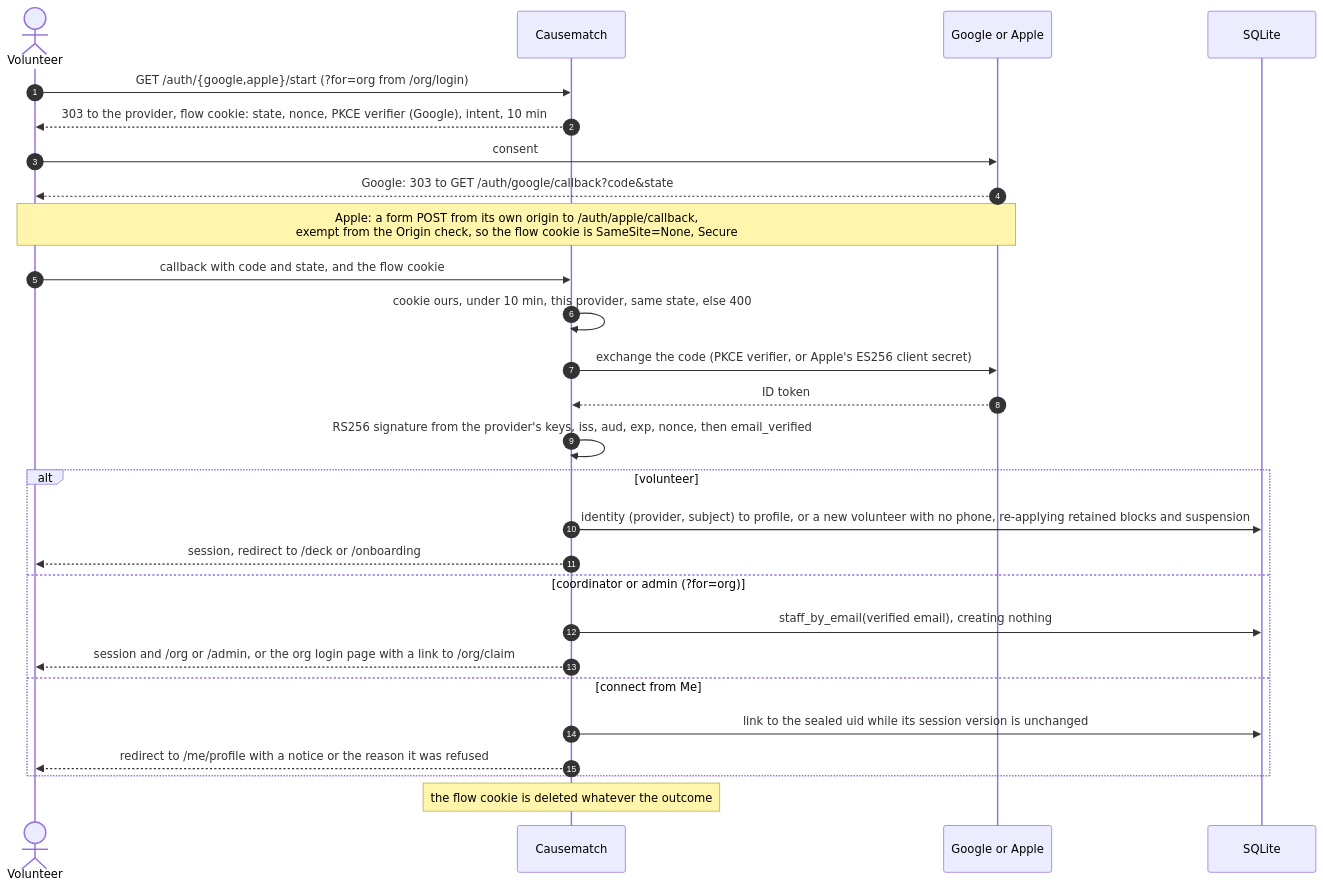
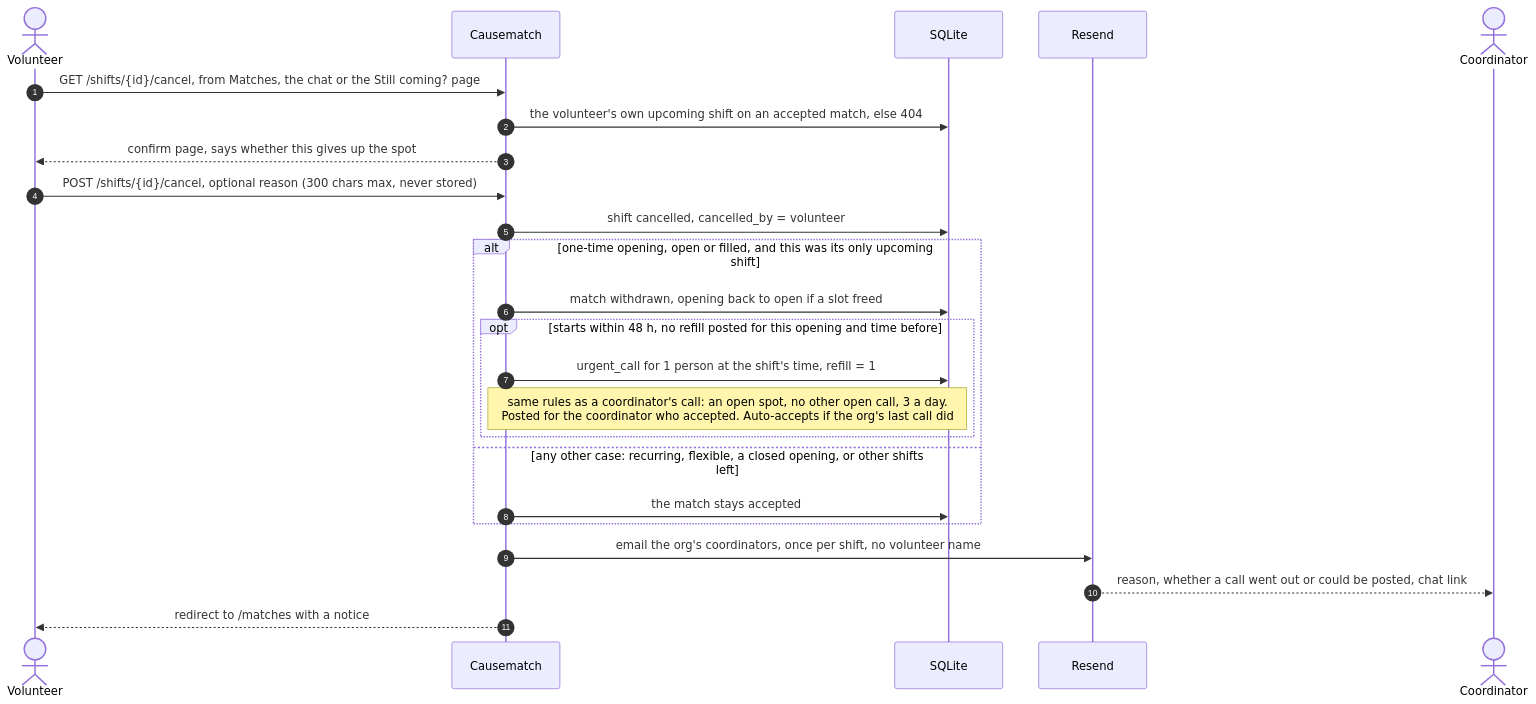
Before and after one commit to slegroux/causematch: diagram 21 of 25 in docs/ARCHITECTURE.md, drawn with Mermaid. The commit also changed other lines of this file, not shown here.

First line of the commit message:
Architecture doc: a C4 tour on top, the reference below, up to date with main

````diff
--- a/docs/ARCHITECTURE.md
+++ b/docs/ARCHITECTURE.md
@@ -712,30 +1105,27 @@
 ```mermaid
 sequenceDiagram
     autonumber
     actor V as Volunteer
     participant A as Causematch
-    participant P as Google or Apple
     participant DB as SQLite
+    participant R as Resend
+    actor C as Coordinator
 
-    V->>A: GET /auth/{google,apple}/start (?for=org from /org/login)
-    A-->>V: 303 to the provider, flow cookie: state, nonce, PKCE verifier (Google), intent, 10 min
-    V->>P: consent
-    P-->>V: Google: 303 to GET /auth/google/callback?code&state
-    Note over P,V: Apple: a form POST from its own origin to /auth/apple/callback,<br/>exempt from the Origin check, so the flow cookie is SameSite=None, Secure
-    V->>A: callback with code and state, and the flow cookie
-    A->>A: cookie ours, under 10 min, this provider, same state, else 400
-    A->>P: exchange the code (PKCE verifier, or Apple's ES256 client secret)
-    P-->>A: ID token
-    A->>A: RS256 signature from the provider's keys, iss, aud, exp, nonce, then email_verified
-    alt volunteer
-        A->>DB: identity (provider, subject) to profile, or a new volunteer with no phone, re-applying retained blocks and suspension
-        A-->>V: session, redirect to /deck or /onboarding
-    else coordinator or admin (?for=org)
-        A->>DB: staff_by_email(verified email), creating nothing
-        A-->>V: session and /org or /admin, or the org login page with a link to /org/claim
-    else connect from Me
-        A->>DB: link to the sealed uid while its session version is unchanged
-        A-->>V: redirect to /me/profile with a notice or the reason it was refused
+    V->>A: GET /shifts/{id}/cancel, from Matches, the chat or the Still coming? page
+    A->>DB: the volunteer's own upcoming shift on an accepted match, else 404
+    A-->>V: confirm page, says whether this gives up the spot
+    V->>A: POST /shifts/{id}/cancel, optional reason (300 chars max, never stored)
+    A->>DB: shift cancelled, cancelled_by = volunteer
+    alt one-time opening, open or filled, and this was its only upcoming shift
+        A->>DB: match withdrawn, opening back to open if a slot freed
+        opt starts within 48 h, no refill posted for this opening and time before
+            A->>DB: urgent_call for 1 person at the shift's time, refill = 1
+            Note over A,DB: same rules as a coordinator's call: an open spot, no other open call, 3 a day.<br/>Posted for the coordinator who accepted. Auto-accepts if the org's last call did
+        end
+    else any other case: recurring, flexible, a closed opening, or other shifts left
+        A->>DB: the match stays accepted
     end
-    Note over A: the flow cookie is deleted whatever the outcome
+    A->>R: email the org's coordinators, once per shift, no volunteer name
+    R-->>C: reason, whether a call went out or could be posted, chat link
+    A-->>V: redirect to /matches with a notice
 ```
````
